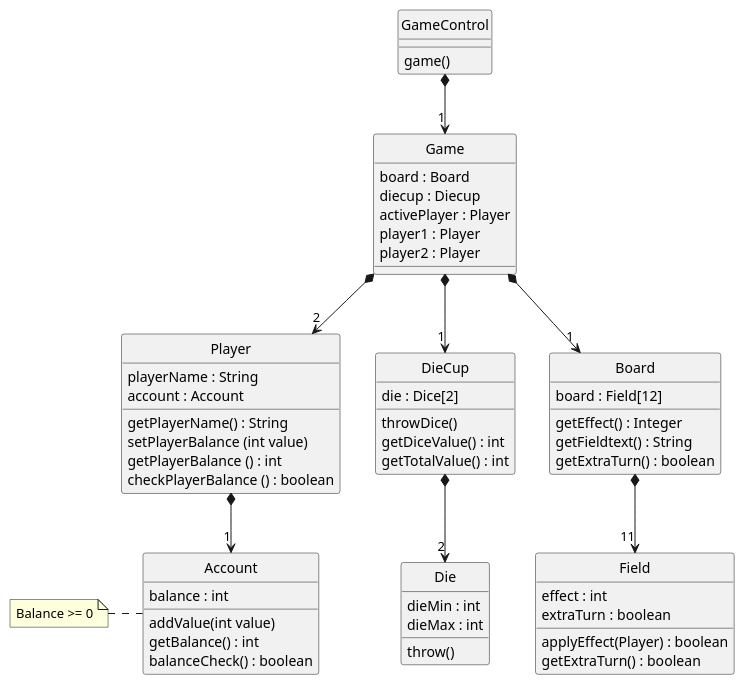
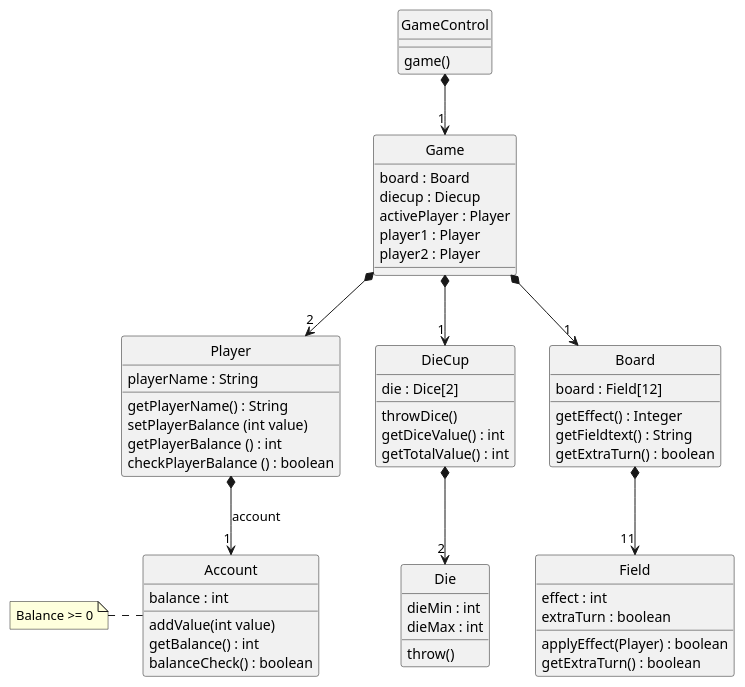
Before and after one commit to PhilipCramer/CDIO_del2: the diagram in src/main/resources/DesignClassDiagram.puml, drawn with PlantUML. The commit also changed 1 other file, not shown here.

Commit message:
Small modifications to System sequence diagram and sequence diagram

```diff
--- a/src/main/resources/DesignClassDiagram.puml
+++ b/src/main/resources/DesignClassDiagram.puml
@@ -1,78 +1,77 @@
 @startuml ClassDiagram
 skinparam style strictuml
 
 class "GameControl" as GameControl {
     
     game()
 }
 
 class "Player" as Player {
     playerName : String
-    account : Account
 
     getPlayerName() : String
     setPlayerBalance (int value)
     getPlayerBalance () : int
     checkPlayerBalance () : boolean
 
 }
 
 class "Account" as Account {
     balance : int
 
     addValue(int value)
     getBalance() : int
     balanceCheck() : boolean
 }
 note left
     Balance >= 0
     end note
 
 class "DieCup" as Diecup {
     die : Dice[2]
     
     throwDice()
     getDiceValue() : int
     getTotalValue() : int
 }
 
 class "Die" as Dice {
     dieMin : int
     dieMax : int
 
     throw()
 }
 
 class "Board" as Board {
     board : Field[12]
 
     getEffect() : Integer
     getFieldtext() : String
     getExtraTurn() : boolean
 }
 
 class "Field" as Field {
     effect : int
     extraTurn : boolean
 
     applyEffect(Player) : boolean
     getExtraTurn() : boolean
 }
 
 class "Game" as Game{
     board : Board
     diecup : Diecup
     activePlayer : Player
     player1 : Player
     player2 : Player
 }
 
 
-Player *--> "1" Account
+Player *--> "1" Account : account
 GameControl *--> "1" Game
 Game *--> "2" Player 
 Game *--> "1" Board
 Board  *--> "11" Field
 Game  *--> "1" Diecup
 Diecup *--> "2" Dice
 @enduml
```
